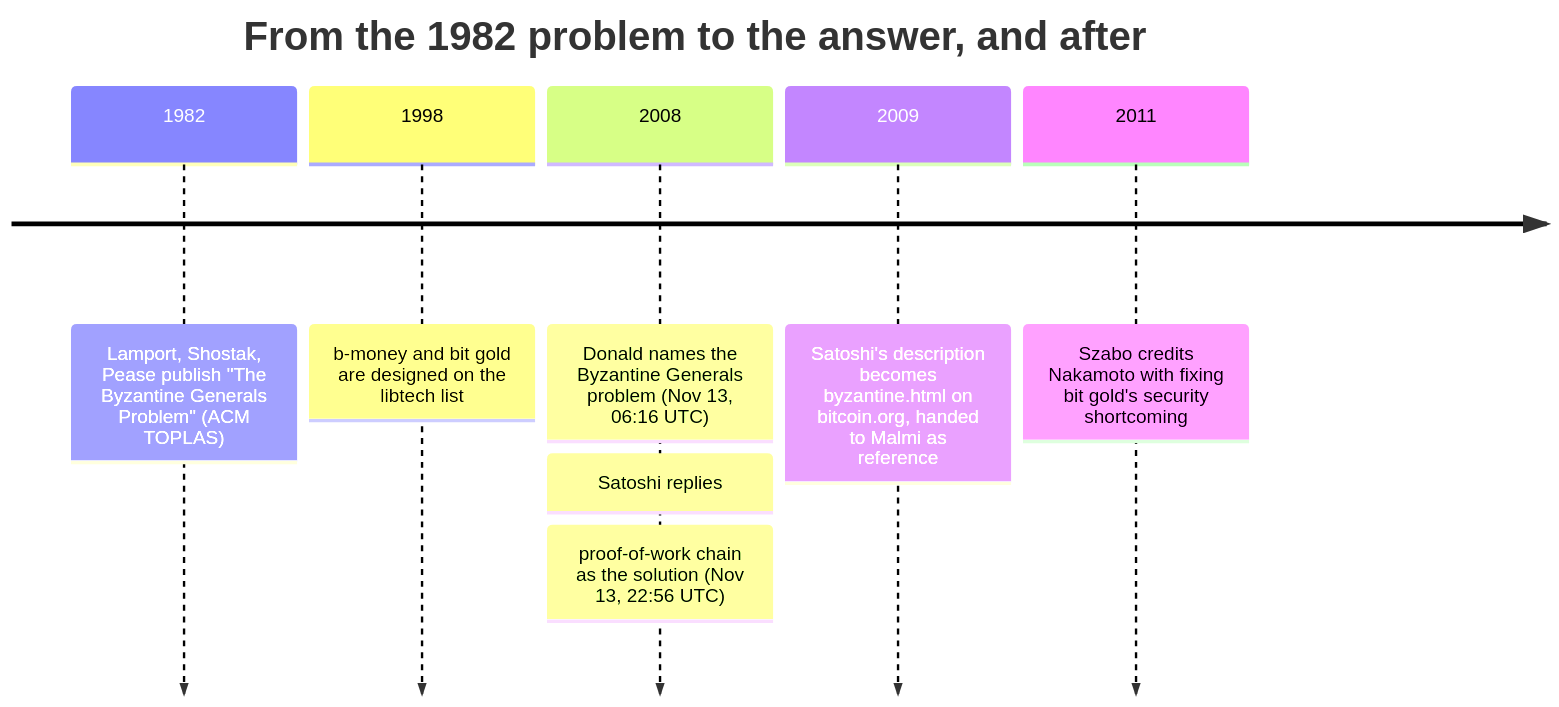
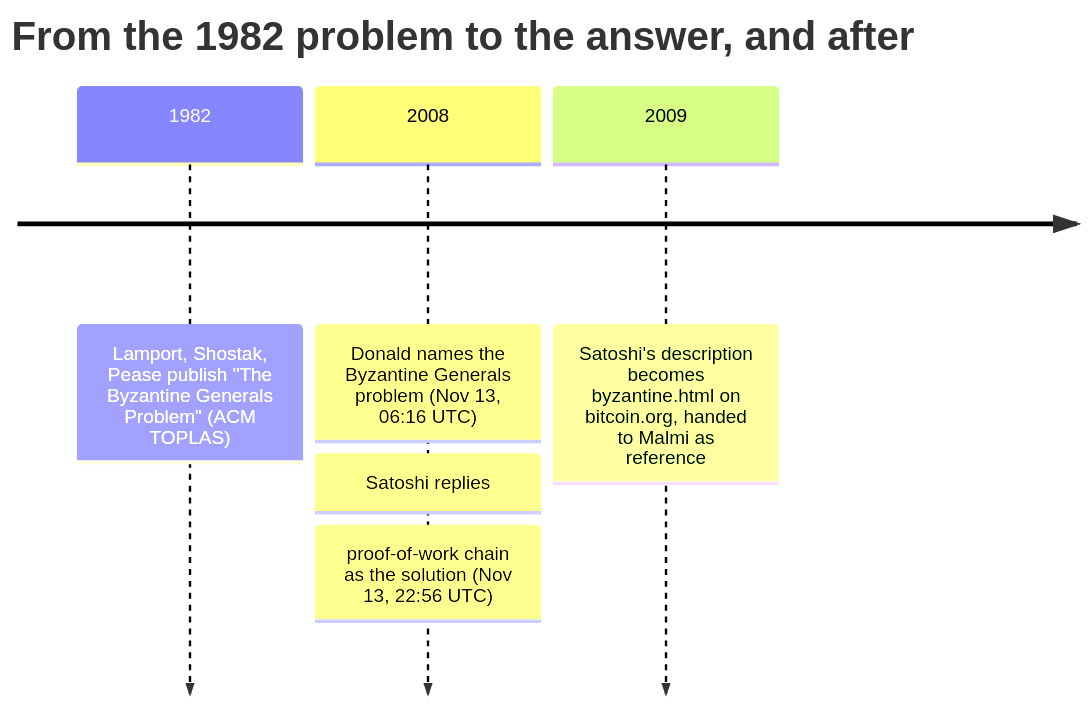
Before and after one commit to cypher256/BitcoinArchive: the diagram in src/data/entries/en/analysis/2008-11-13-byzantine-generals-problem.md, drawn with Mermaid. The commit also changed other lines of this file and 19 other files, not shown here.

````diff
--- a/src/data/entries/en/analysis/2008-11-13-byzantine-generals-problem.md
+++ b/src/data/entries/en/analysis/2008-11-13-byzantine-generals-problem.md
@@ -82,15 +74,11 @@
 ```mermaid
 timeline
     title From the 1982 problem to the answer, and after
     1982 : Lamport, Shostak, Pease publish "The Byzantine Generals Problem" (ACM TOPLAS)
-    1998 : b-money and bit gold are designed on the libtech list
-    %% link: /BitcoinArchive/entries/aftermath/1998-11-26-wei-dai-pipenet-b-money-announcement/
     2008 : Donald names the Byzantine Generals problem (Nov 13, 06:16 UTC)
     %% link: /BitcoinArchive/entries/emails/cryptography/bitcoin-p2p-e-cash-paper/2008-11-13-james-donald-byzantine-generals-problem/
          : Satoshi replies: proof-of-work chain as the solution (Nov 13, 22:56 UTC)
     %% link: /BitcoinArchive/entries/emails/cryptography/bitcoin-p2p-e-cash-paper/2008-11-13-re-bitcoin-p2p-e-cash-paper-satoshi-2/
     2009 : Satoshi's description becomes byzantine.html on bitcoin.org, handed to Malmi as reference
     %% link: /BitcoinArchive/entries/correspondence/martti-malmi/2009-05-03-bitcoin-003/
-    2011 : Szabo credits Nakamoto with fixing bit gold's security shortcoming
-    %% link: /BitcoinArchive/entries/aftermath/2011-05-28-nick-szabo-bitcoin-what-took-ye-so-long/
 ```
````
